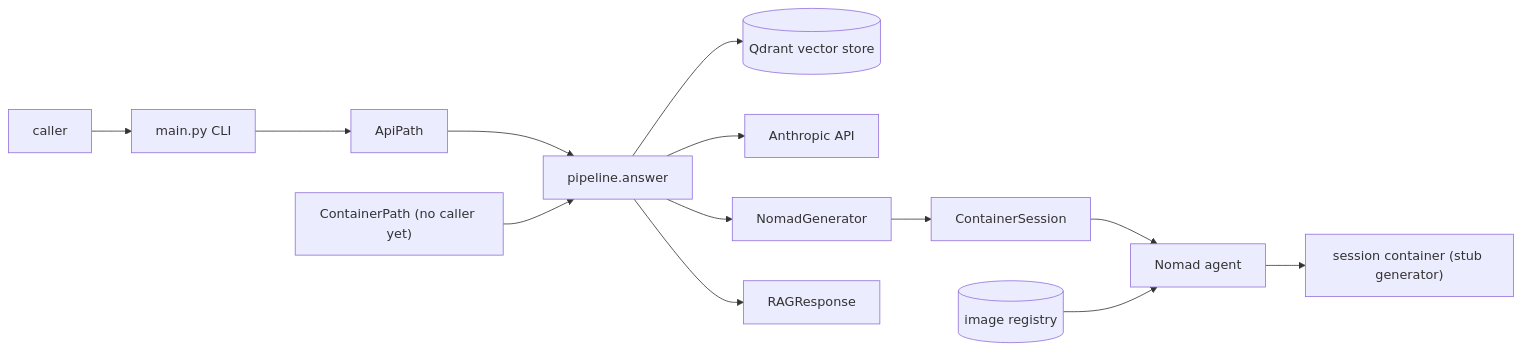
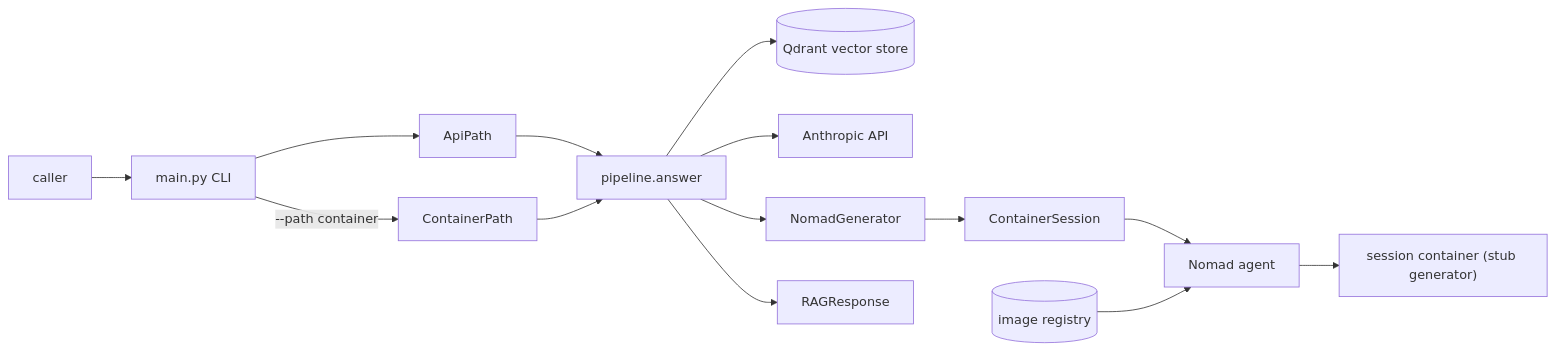
The first of 2 diagrams in docs/architecture/overview.md (costin101/rag), drawn with Mermaid before and after one commit. The commit also changed other lines of this file and 1 other file, not shown here.

Commit message:
docs(rag): describe the stop-then-purge sequence and the --path caller (review PR #25)

````diff
--- a/docs/architecture/overview.md
+++ b/docs/architecture/overview.md
@@ -12,15 +12,16 @@
 ```mermaid
 flowchart LR
   U["caller"] --> M["main.py CLI"]
   M --> AP["ApiPath"]
   AP --> P["pipeline.answer"]
-  CP["ContainerPath (no caller yet)"] --> P
+  M -->|"--path container"| CP["ContainerPath"]
+  CP --> P
   P --> Q[("Qdrant vector store")]
   P --> A["Anthropic API"]
   P --> G["NomadGenerator"]
   G --> S["ContainerSession"]
   S --> N["Nomad agent"]
   N --> K["session container (stub generator)"]
   REG[("image registry")] --> N
   P --> R["RAGResponse"]
 ```
````
